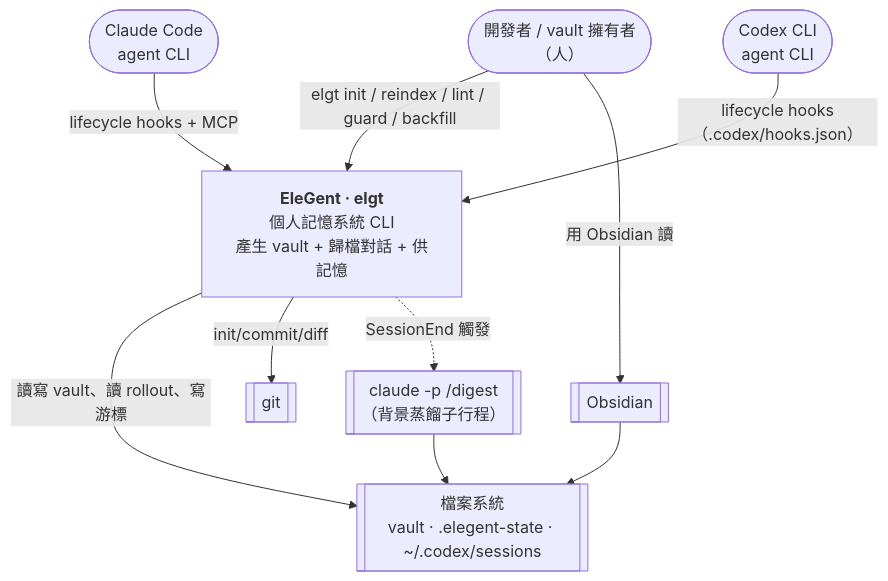
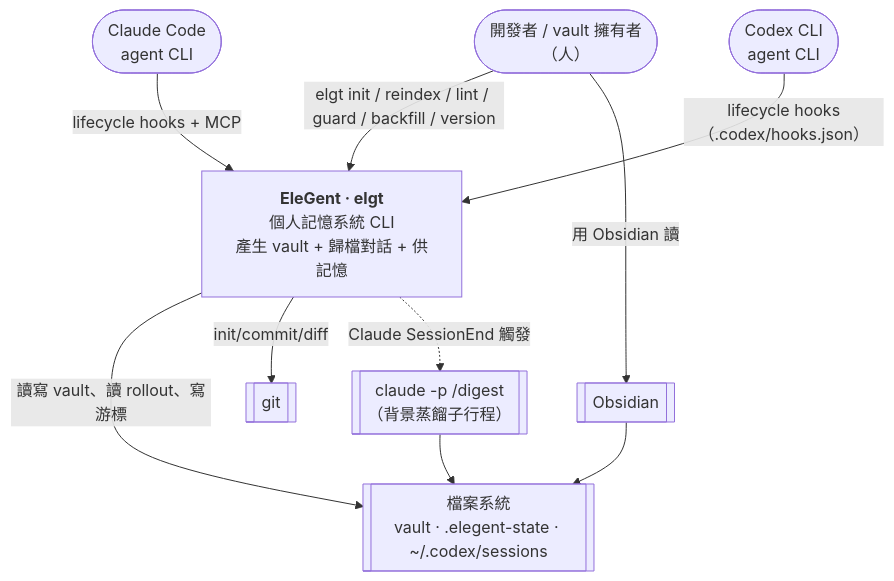
One commit to neokn/elegent changed the first of 4 diagrams in docs/architecture/c4.md. Above: the diagram before and after it, drawn with Mermaid. The commit also changed other lines of this file and 4 other files, not shown here.

````diff
--- a/docs/architecture/c4.md
+++ b/docs/architecture/c4.md
@@ -13,23 +13,23 @@
 ```mermaid
 flowchart TB
     dev(["開發者 / vault 擁有者<br/>（人）"])
     cc(["Claude Code<br/>agent CLI"])
     cx(["Codex CLI<br/>agent CLI"])
 
     elegent["<b>EleGent · elgt</b><br/>個人記憶系統 CLI<br/>產生 vault + 歸檔對話 + 供記憶"]
 
     git[["git"]]
     obsidian[["Obsidian"]]
     fs[["檔案系統<br/>vault · .elegent-state · ~/.codex/sessions"]]
     digest[["claude -p /digest<br/>（背景蒸餾子行程）"]]
 
-    dev -->|elgt init / reindex / lint / guard / backfill| elegent
+    dev -->|elgt init / reindex / lint / guard / backfill / version| elegent
     dev -->|用 Obsidian 讀| obsidian
     cc -->|lifecycle hooks + MCP| elegent
     cx -->|lifecycle hooks（.codex/hooks.json）| elegent
     elegent -->|讀寫 vault、讀 rollout、寫游標| fs
     elegent -->|init/commit/diff| git
-    elegent -.->|SessionEnd 觸發| digest
+    elegent -.->|Claude SessionEnd 觸發| digest
     obsidian --> fs
     digest --> fs
 ```
````
